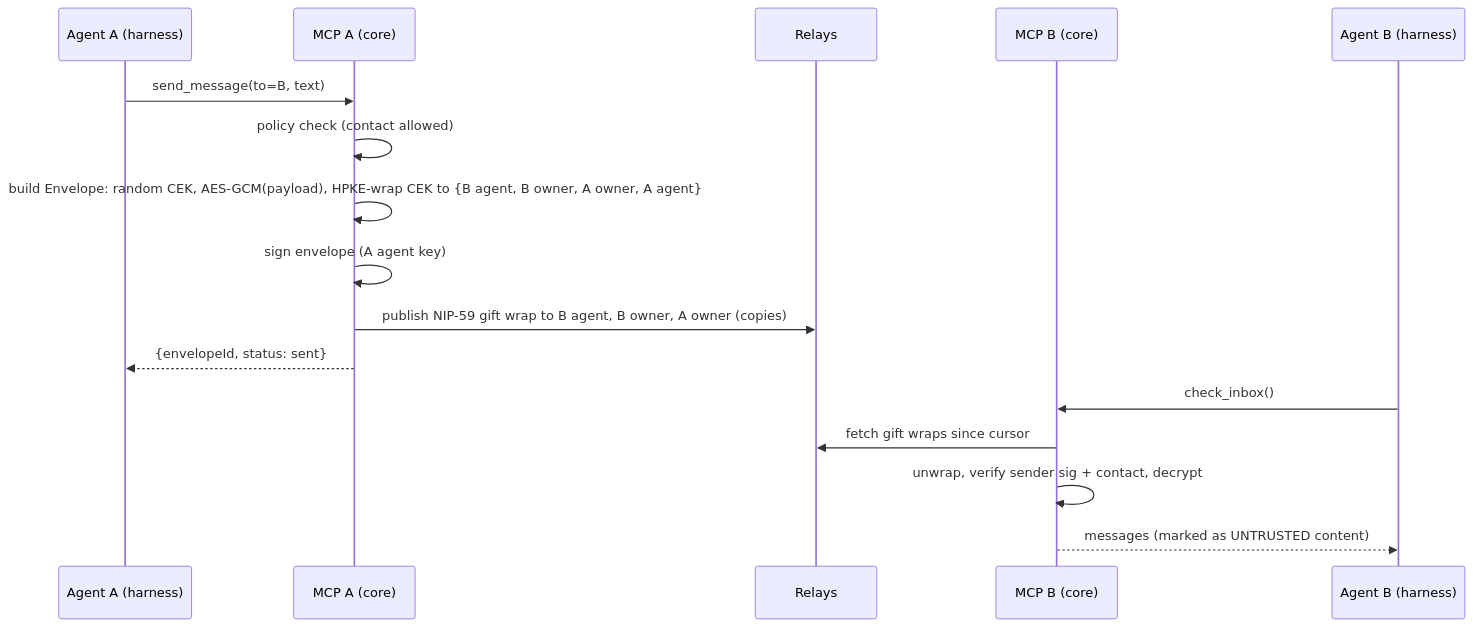
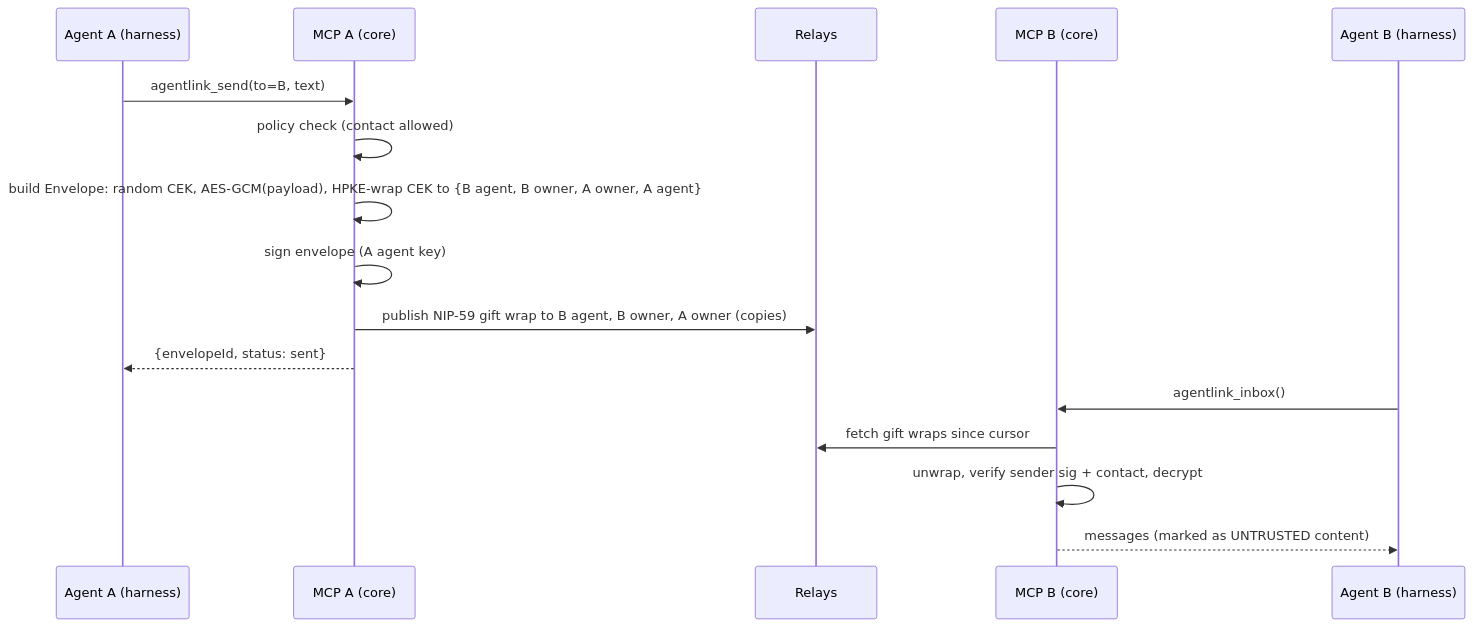
The second of 3 diagrams in docs/foundation/03-architecture.md (4thtech/agentlink), drawn with Mermaid before and after one commit. The commit also changed other lines of this file and 12 other files, not shown here.

````diff
--- a/docs/foundation/03-architecture.md
+++ b/docs/foundation/03-architecture.md
@@ -105,18 +105,18 @@
 ```mermaid
 sequenceDiagram
   participant A as Agent A (harness)
   participant MA as MCP A (core)
   participant R as Relays
   participant MB as MCP B (core)
   participant B as Agent B (harness)
-  A->>MA: send_message(to=B, text)
+  A->>MA: agentlink_send(to=B, text)
   MA->>MA: policy check (contact allowed)
   MA->>MA: build Envelope: random CEK, AES-GCM(payload), HPKE-wrap CEK to {B agent, B owner, A owner, A agent}
   MA->>MA: sign envelope (A agent key)
   MA->>R: publish NIP-59 gift wrap to B agent, B owner, A owner (copies)
   MA-->>A: {envelopeId, status: sent}
-  B->>MB: check_inbox()
+  B->>MB: agentlink_inbox()
   MB->>R: fetch gift wraps since cursor
   MB->>MB: unwrap, verify sender sig + contact, decrypt
   MB-->>B: messages (marked as UNTRUSTED content)
 ```
````
